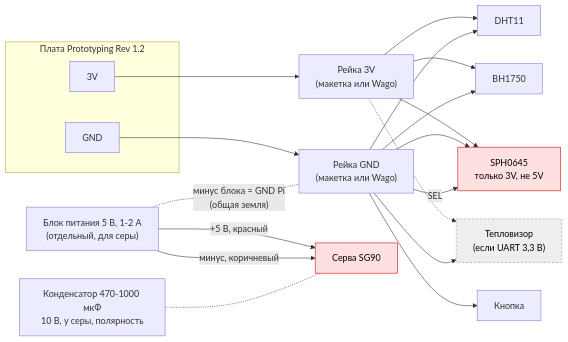
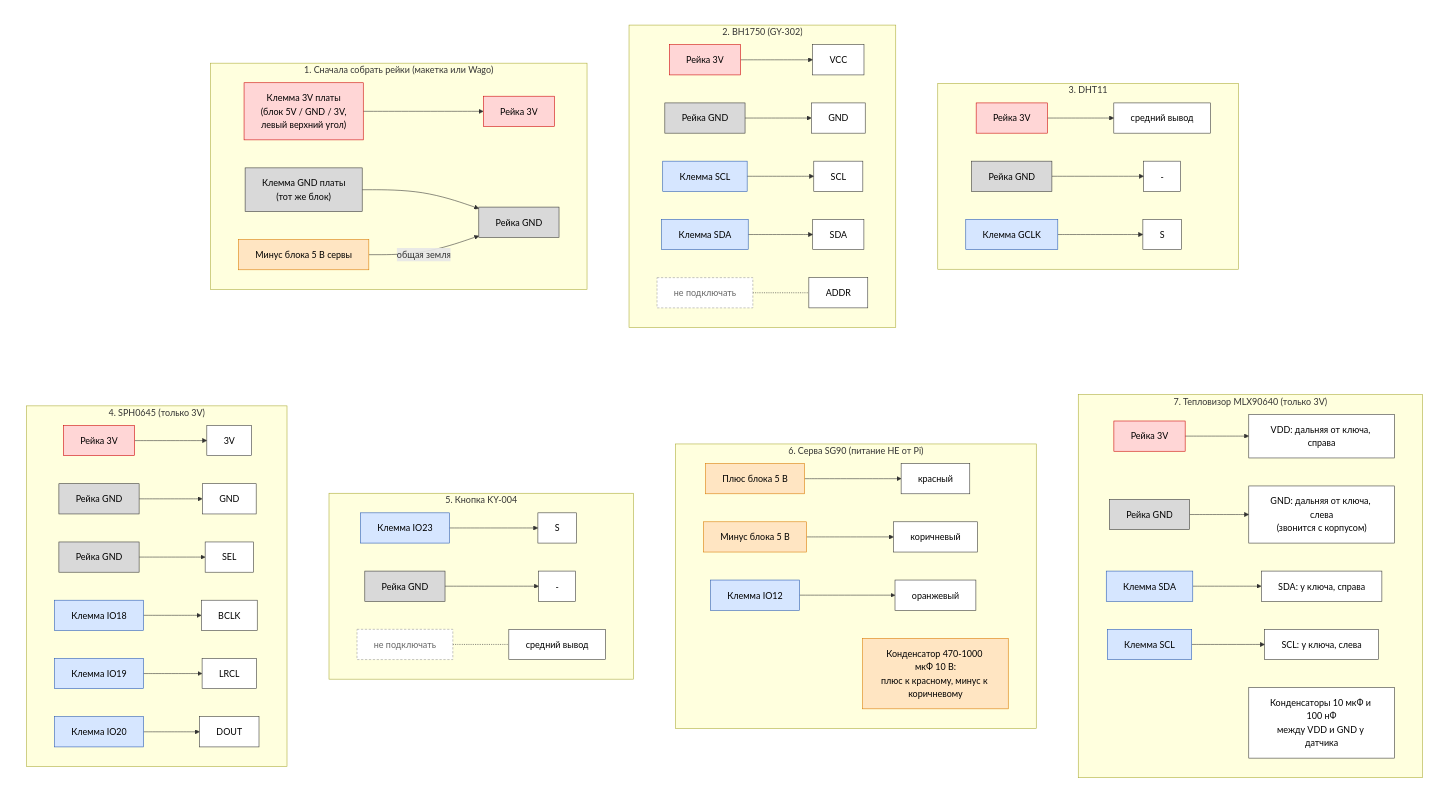
One commit to ik1s/spa changed the second of 2 diagrams in README.md. Above: the diagram before and after it, drawn with Mermaid. The commit also changed other lines of this file and 14 other files, not shown here.

````diff
--- a/README.md
+++ b/README.md
@@ -158,42 +202,85 @@
 ```mermaid
-flowchart LR
-  subgraph PI["Плата Prototyping Rev 1.2"]
-    V3["3V"]
-    GND["GND"]
+flowchart TB
+  subgraph ROW1[" "]
+    direction LR
+  subgraph RAILS["1. Сначала собрать рейки (макетка или Wago)"]
+    direction LR
+    T3["Клемма 3V платы<br/>(блок 5V / GND / 3V,<br/>левый верхний угол)"] --> R3["Рейка 3V"]
+    TG["Клемма GND платы<br/>(тот же блок)"] --> RG["Рейка GND"]
+    PSUM["Минус блока 5 В сервы"] -->|"общая земля"| RG
   end
 
-  RAIL3["Рейка 3V<br/>(макетка или Wago)"]
-  RAILG["Рейка GND<br/>(макетка или Wago)"]
-  PSU["Блок питания 5 В, 1-2 А<br/>(отдельный, для серы)"]
+  subgraph BH["2. BH1750 (GY-302)"]
+    direction LR
+    bh3["Рейка 3V"] --> bhV["VCC"]
+    bhG0["Рейка GND"] --> bhG["GND"]
+    bhC0["Клемма SCL"] --> bhC["SCL"]
+    bhD0["Клемма SDA"] --> bhD["SDA"]
+    bhA0["не подключать"] -.- bhA["ADDR"]
+  end
 
-  DHT["DHT11"]
-  BH["BH1750"]
-  MIC["SPH0645<br/>только 3V, не 5V"]
-  THERM["Тепловизор<br/>(если UART 3,3 В)"]
-  SERVO["Серва SG90"]
-  CAP["Конденсатор 470-1000 мкФ<br/>10 В, у серы, полярность"]
-  BTN["Кнопка"]
+  subgraph DHT["3. DHT11"]
+    direction LR
+    dh3["Рейка 3V"] --> dhV["средний вывод"]
+    dhG0["Рейка GND"] --> dhG["-"]
+    dhS0["Клемма GCLK"] --> dhS["S"]
+  end
 
-  V3 --> RAIL3
-  GND --> RAILG
-  RAIL3 --> DHT
-  RAIL3 --> BH
-  RAIL3 --> MIC
-  RAIL3 -.-> THERM
-  RAILG --> DHT
-  RAILG --> BH
-  RAILG --> MIC
-  RAILG -->|"SEL"| MIC
-  RAILG --> THERM
-  RAILG --> BTN
+  end
+  subgraph ROW2[" "]
+    direction LR
+  subgraph MIC["4. SPH0645 (только 3V)"]
+    direction LR
+    mi3["Рейка 3V"] --> miV["3V"]
+    miG0["Рейка GND"] --> miG["GND"]
+    miL0["Рейка GND"] --> miL["SEL"]
+    miB0["Клемма IO18"] --> miB["BCLK"]
+    miR0["Клемма IO19"] --> miR["LRCL"]
+    miO0["Клемма IO20"] --> miO["DOUT"]
+  end
 
-  PSU -->|"+5 В, красный"| SERVO
-  PSU -->|"минус, коричневый"| SERVO
-  PSU -. "минус блока = GND Pi<br/>(общая земля)" .- RAILG
-  CAP -.- SERVO
+  subgraph BTN["5. Кнопка KY-004"]
+    direction LR
+    btS0["Клемма IO23"] --> btS["S"]
+    btG0["Рейка GND"] --> btG["-"]
+    btV0["не подключать"] -.- btV["средний вывод"]
+  end
 
-  classDef warn fill:#ffe0e0,stroke:#c00,color:#000
-  classDef later fill:#eee,stroke:#999,stroke-dasharray: 4 3,color:#000
-  class MIC,SERVO warn
-  class THERM later
+  subgraph SERVO["6. Серва SG90 (питание НЕ от Pi)"]
+    direction LR
+    sp["Плюс блока 5 В"] --> sR["красный"]
+    sm["Минус блока 5 В"] --> sB["коричневый"]
+    sS0["Клемма IO12"] --> sS["оранжевый"]
+    sC["Конденсатор 470-1000 мкФ 10 В:<br/>плюс к красному, минус к коричневому"]
+  end
+
+  subgraph TH["7. Тепловизор MLX90640 (только 3V)"]
+    direction LR
+    th3["Рейка 3V"] --> thV["VDD: дальняя от ключа, справа"]
+    thG0["Рейка GND"] --> thG["GND: дальняя от ключа, слева<br/>(звонится с корпусом)"]
+    thD0["Клемма SDA"] --> thD["SDA: у ключа, справа"]
+    thC0["Клемма SCL"] --> thC["SCL: у ключа, слева"]
+    thK["Конденсаторы 10 мкФ и 100 нФ<br/>между VDD и GND у датчика"]
+  end
+
+  end
+  RAILS ~~~ BH ~~~ DHT
+  MIC ~~~ BTN ~~~ SERVO ~~~ TH
+  ROW1 ~~~ ROW2
+  style ROW1 fill:none,stroke:none
+  style ROW2 fill:none,stroke:none
+
+  classDef v3 fill:#ffd6d6,stroke:#c00,color:#000
+  classDef gnd fill:#d9d9d9,stroke:#333,color:#000
+  classDef sig fill:#d6e6ff,stroke:#2457b3,color:#000
+  classDef v5 fill:#ffe5c2,stroke:#d97a00,color:#000
+  classDef nc fill:#fff,stroke:#999,stroke-dasharray: 4 3,color:#666
+  classDef pin fill:#fff,stroke:#333,color:#000
+
+  class T3,R3,bh3,dh3,mi3,th3 v3
+  class TG,RG,bhG0,dhG0,miG0,miL0,btG0,thG0 gnd
+  class bhC0,bhD0,dhS0,miB0,miR0,miO0,btS0,sS0,thD0,thC0 sig
+  class PSUM,sp,sm,sC v5
+  class bhA0,btV0 nc
+  class bhV,bhG,bhC,bhD,bhA,dhV,dhG,dhS,miV,miG,miL,miB,miR,miO,btS,btG,btV,sR,sB,sS,thV,thG,thD,thC,thK pin
 ```
````
